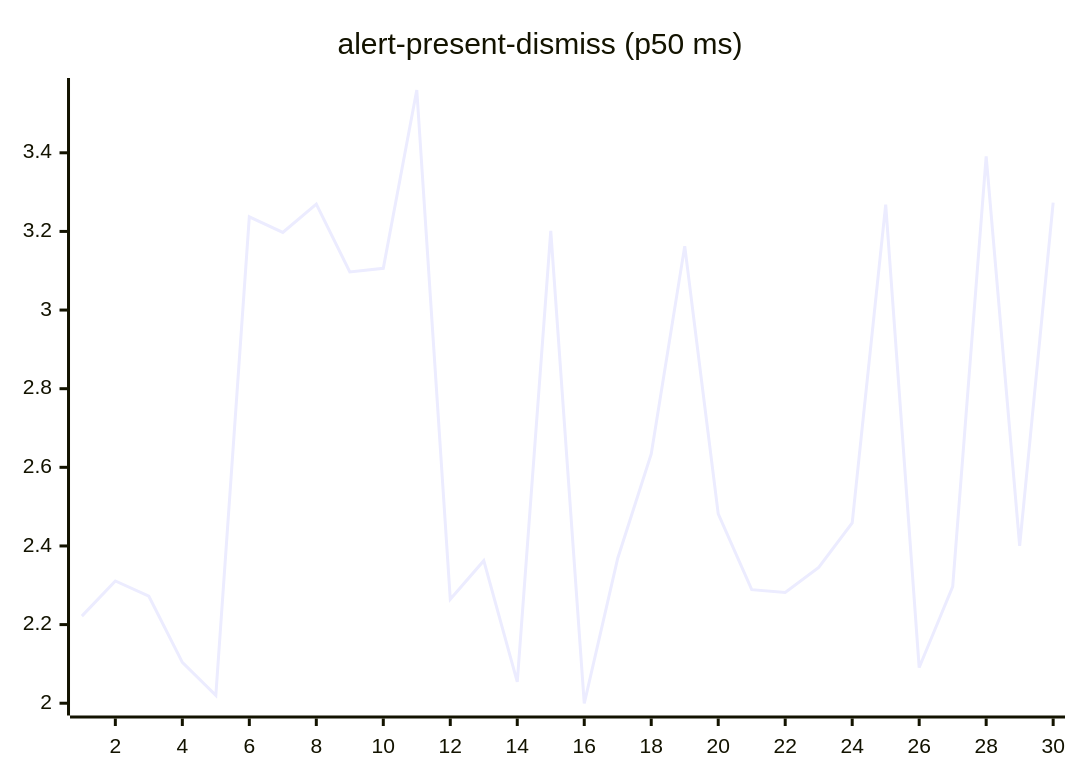
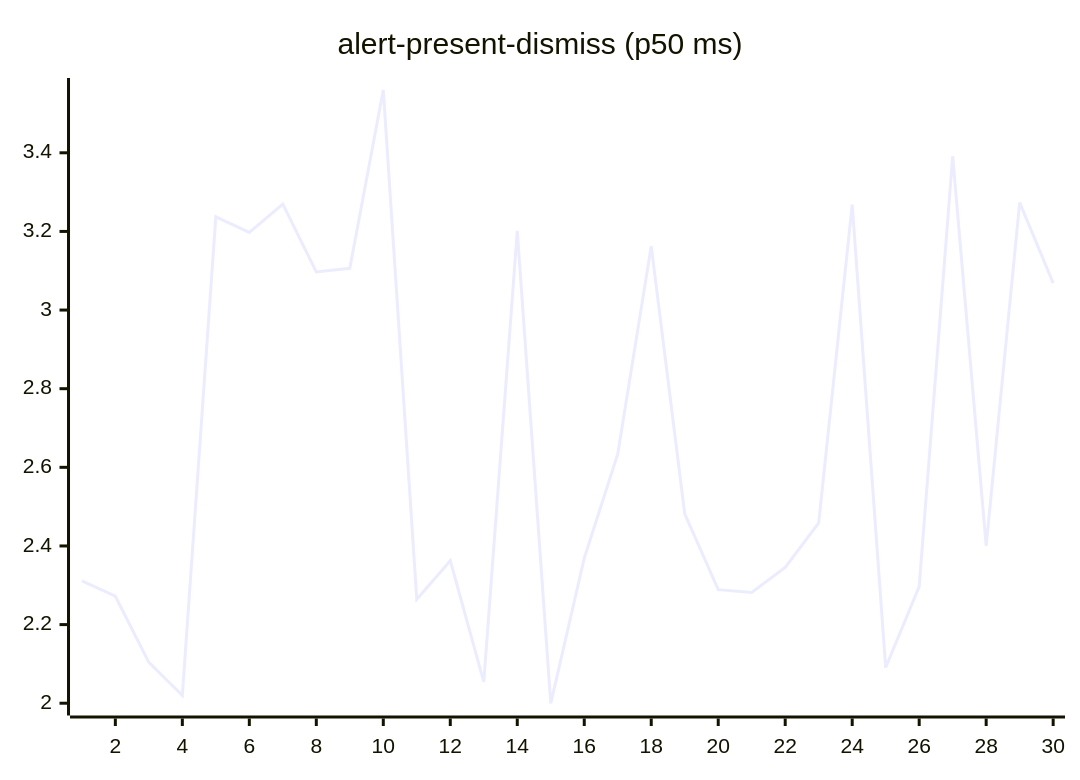
One commit to josha/Facet changed the second of 27 diagrams in README.md. Above: the diagram before and after it, drawn with Mermaid. The commit also changed other lines of this file and 2 other files, not shown here.

````diff
--- a/README.md
+++ b/README.md
@@ -70,6 +70,6 @@
 ```mermaid
 xychart-beta
     title "alert-present-dismiss (p50 ms)"
     x-axis 1 --> 30
-    line [2.2216, 2.3109, 2.2722, 2.1040, 2.0200, 3.2371, 3.1976, 3.2697, 3.0970, 3.1061, 3.5597, 2.2642, 2.3626, 2.0543, 3.2013, 1.9993, 2.3689, 2.6340, 3.1626, 2.4814, 2.2888, 2.2819, 2.3455, 2.4588, 3.2682, 2.0908, 2.2965, 3.3910, 2.4000, 3.2732]
+    line [2.3109, 2.2722, 2.1040, 2.0200, 3.2371, 3.1976, 3.2697, 3.0970, 3.1061, 3.5597, 2.2642, 2.3626, 2.0543, 3.2013, 1.9993, 2.3689, 2.6340, 3.1626, 2.4814, 2.2888, 2.2819, 2.3455, 2.4588, 3.2682, 2.0908, 2.2965, 3.3910, 2.4000, 3.2732, 3.0684]
 ```
````
